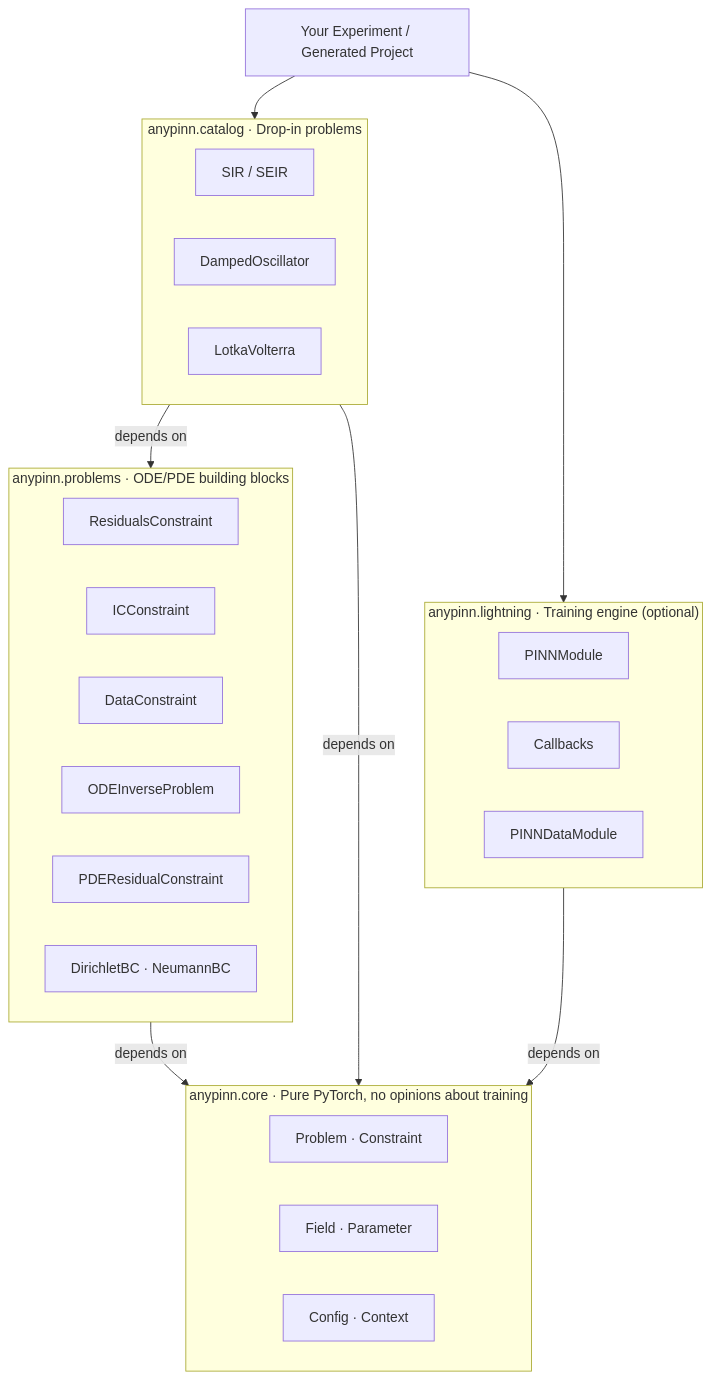
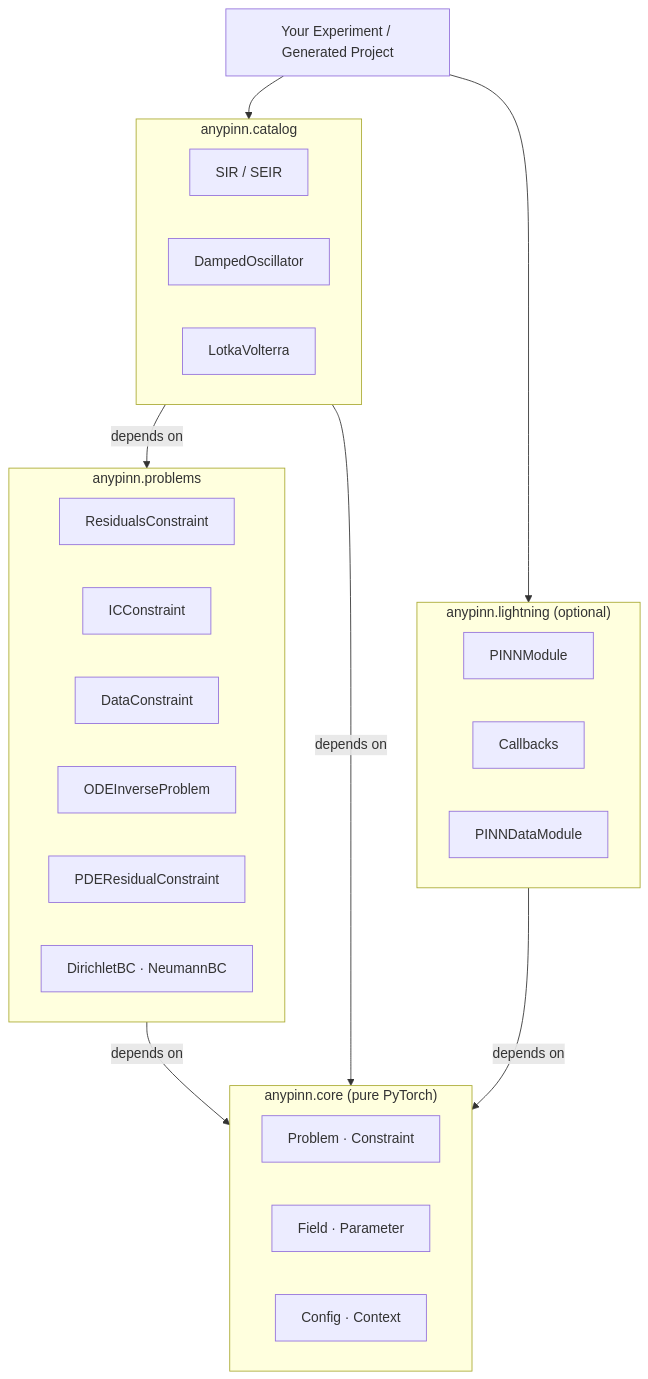
Before and after one commit to giacomoguidotto/anypinn: the diagram in README.md, drawn with Mermaid.

Commit message:
docs: fix mermaid

````diff
--- a/README.md
+++ b/README.md
@@ -132,43 +132,43 @@
 ```mermaid
 graph TD
     EXP["Your Experiment / Generated Project"]
 
     EXP --> CAT
     EXP --> LIT
 
-    subgraph CAT["anypinn.catalog · Drop-in problems"]
+    subgraph CAT["anypinn.catalog"]
         direction LR
         CA1[SIR / SEIR]
         CA2[DampedOscillator]
         CA3[LotkaVolterra]
     end
 
-    subgraph LIT["anypinn.lightning · Training engine (optional)"]
+    subgraph LIT["anypinn.lightning (optional)"]
         direction LR
         L1[PINNModule]
         L2[Callbacks]
         L3[PINNDataModule]
     end
 
-    subgraph PROB["anypinn.problems · ODE/PDE building blocks"]
+    subgraph PROB["anypinn.problems"]
         direction LR
         P1[ResidualsConstraint]
         P2[ICConstraint]
         P3[DataConstraint]
         P4[ODEInverseProblem]
         P5[PDEResidualConstraint]
         P6[DirichletBC · NeumannBC]
     end
 
-    subgraph CORE["anypinn.core · Pure PyTorch, no opinions about training"]
+    subgraph CORE["anypinn.core (pure PyTorch)"]
         direction LR
         C1[Problem · Constraint]
         C2[Field · Parameter]
         C3[Config · Context]
     end
 
     CAT -->|depends on| PROB
     CAT -->|depends on| CORE
     LIT -->|depends on| CORE
     PROB -->|depends on| CORE
 ```
````
